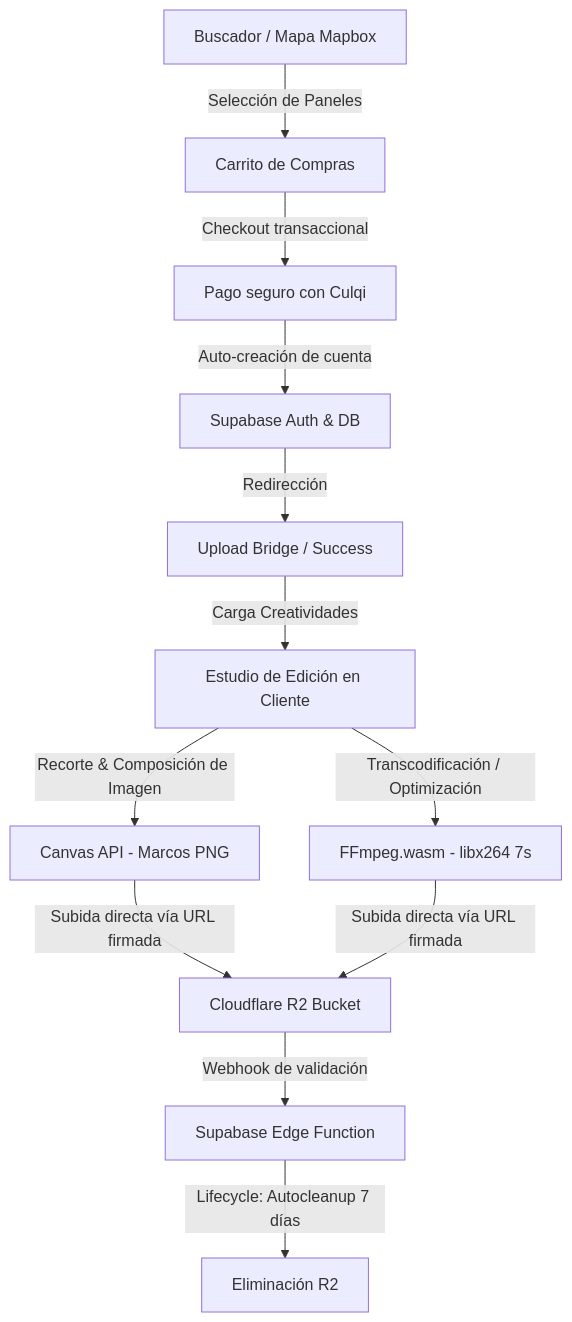
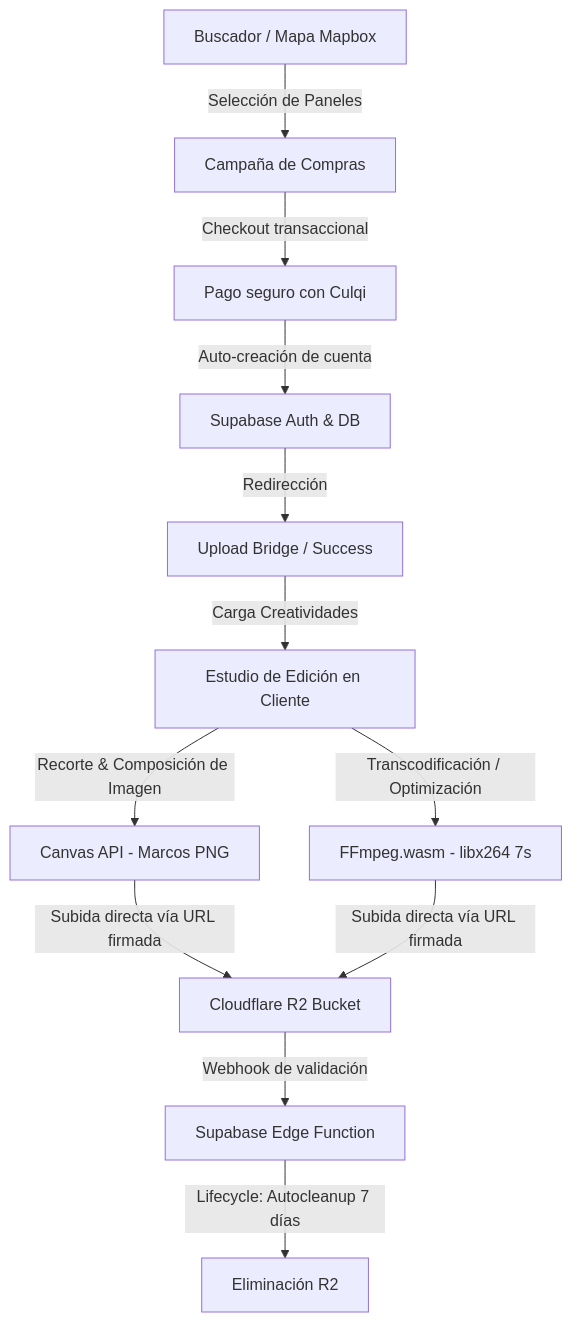
The diagram in README.md (luis3sc/Jmt_infinite), drawn with Mermaid before and after one commit. The commit also changed other lines of this file and 9 other files, not shown here.

````diff
--- a/README.md
+++ b/README.md
@@ -19,14 +19,14 @@
 ```mermaid
 graph TD
-    A[Buscador / Mapa Mapbox] -->|Selección de Paneles| B[Carrito de Compras]
+    A[Buscador / Mapa Mapbox] -->|Selección de Paneles| B[Campaña de Compras]
     B -->|Checkout transaccional| C[Pago seguro con Culqi]
     C -->|Auto-creación de cuenta| D[Supabase Auth & DB]
     D -->|Redirección| E[Upload Bridge / Success]
     E -->|Carga Creatividades| F[Estudio de Edición en Cliente]
     F -->|Recorte & Composición de Imagen| G[Canvas API - Marcos PNG]
     F -->|Transcodificación / Optimización| H[FFmpeg.wasm - libx264 7s]
     G -->|Subida directa vía URL firmada| I[Cloudflare R2 Bucket]
     H -->|Subida directa vía URL firmada| I
     I -->|Webhook de validación| J[Supabase Edge Function]
     J -->|Lifecycle: Autocleanup 7 días| K[Eliminación R2]
 ```
````
